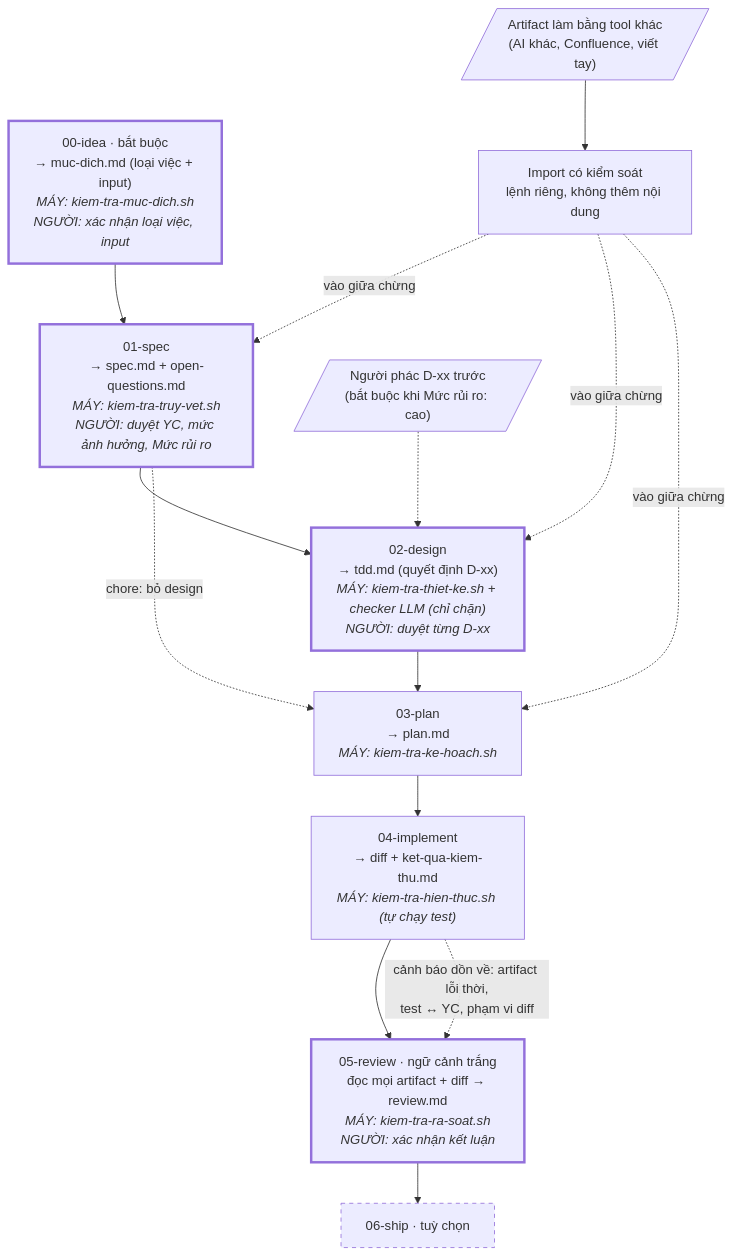
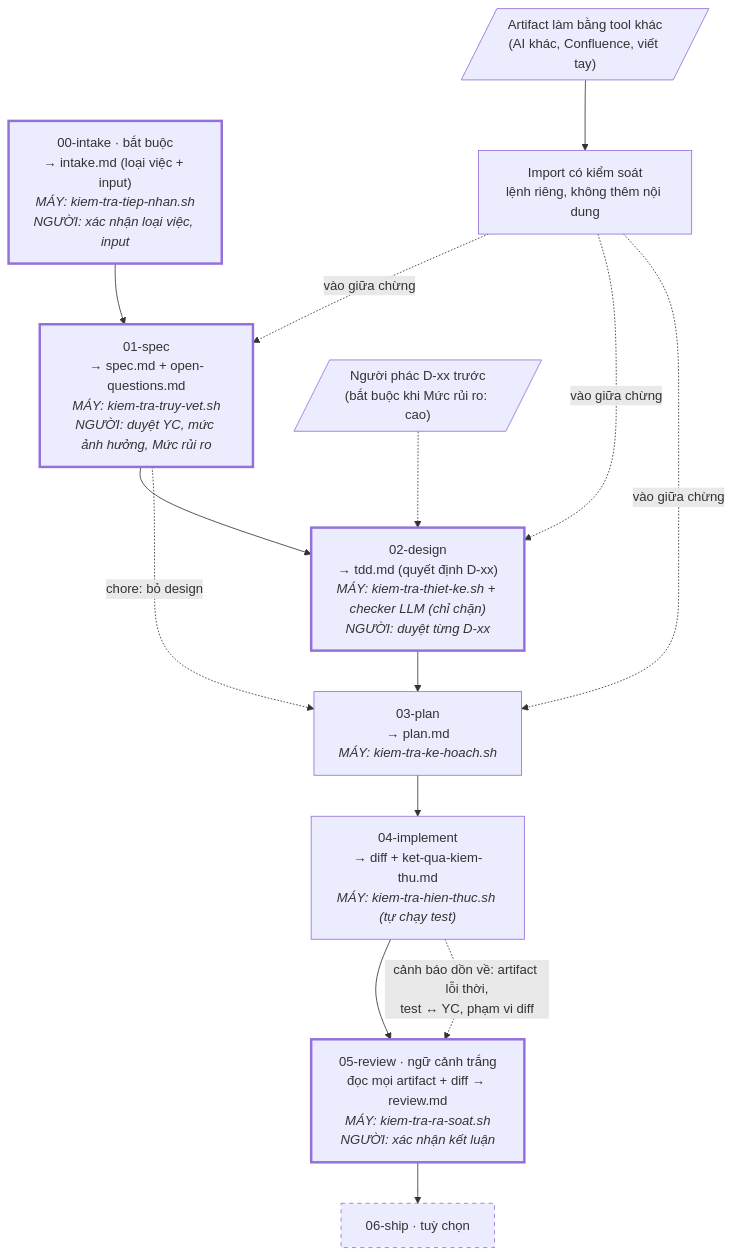
One commit to dangminhphuc/agent-workflow changed the diagram in README.md. Above: the diagram before and after it, drawn with Mermaid. The commit also changed other lines of this file and 21 other files, not shown here.

````diff
--- a/README.md
+++ b/README.md
@@ -43,31 +43,31 @@
 ```mermaid
 flowchart TD
-    IDEA["00-idea · bắt buộc<br/>→ muc-dich.md (loại việc + input)<br/><i>MÁY: kiem-tra-muc-dich.sh</i><br/><i>NGƯỜI: xác nhận loại việc, input</i>"]
+    INTAKE["00-intake · bắt buộc<br/>→ intake.md (loại việc + input)<br/><i>MÁY: kiem-tra-tiep-nhan.sh</i><br/><i>NGƯỜI: xác nhận loại việc, input</i>"]
     SPEC["01-spec<br/>→ spec.md + open-questions.md<br/><i>MÁY: kiem-tra-truy-vet.sh</i><br/><i>NGƯỜI: duyệt YC, mức ảnh hưởng, Mức rủi ro</i>"]
     PHAC[/"Người phác D-xx trước<br/>(bắt buộc khi Mức rủi ro: cao)"/]
     DESIGN["02-design<br/>→ tdd.md (quyết định D-xx)<br/><i>MÁY: kiem-tra-thiet-ke.sh + checker LLM (chỉ chặn)</i><br/><i>NGƯỜI: duyệt từng D-xx</i>"]
     PLAN["03-plan<br/>→ plan.md<br/><i>MÁY: kiem-tra-ke-hoach.sh</i>"]
     IMPL["04-implement<br/>→ diff + ket-qua-kiem-thu.md<br/><i>MÁY: kiem-tra-hien-thuc.sh (tự chạy test)</i>"]
     REVIEW["05-review · ngữ cảnh trắng<br/>đọc mọi artifact + diff → review.md<br/><i>MÁY: kiem-tra-ra-soat.sh</i><br/><i>NGƯỜI: xác nhận kết luận</i>"]
     SHIP["06-ship · tuỳ chọn"]
 
     NGOAI[/"Artifact làm bằng tool khác<br/>(AI khác, Confluence, viết tay)"/]
     IMPORT["Import có kiểm soát<br/>lệnh riêng, không thêm nội dung"]
 
-    IDEA --> SPEC --> DESIGN
+    INTAKE --> SPEC --> DESIGN
     PHAC -.-> DESIGN
     DESIGN --> PLAN --> IMPL --> REVIEW --> SHIP
     SPEC -. "chore: bỏ design" .-> PLAN
 
     IMPL -. "cảnh báo dồn về: artifact lỗi thời,<br/>test ↔ YC, phạm vi diff" .-> REVIEW
 
     NGOAI --> IMPORT
     IMPORT -. "vào giữa chừng" .-> SPEC
     IMPORT -. "vào giữa chừng" .-> DESIGN
     IMPORT -. "vào giữa chừng" .-> PLAN
 
     classDef nguoi stroke-width:3px
     classDef tuychon stroke-dasharray:5 5
-    class IDEA,SPEC,DESIGN,REVIEW nguoi
+    class INTAKE,SPEC,DESIGN,REVIEW nguoi
     class SHIP tuychon
 ```
````
